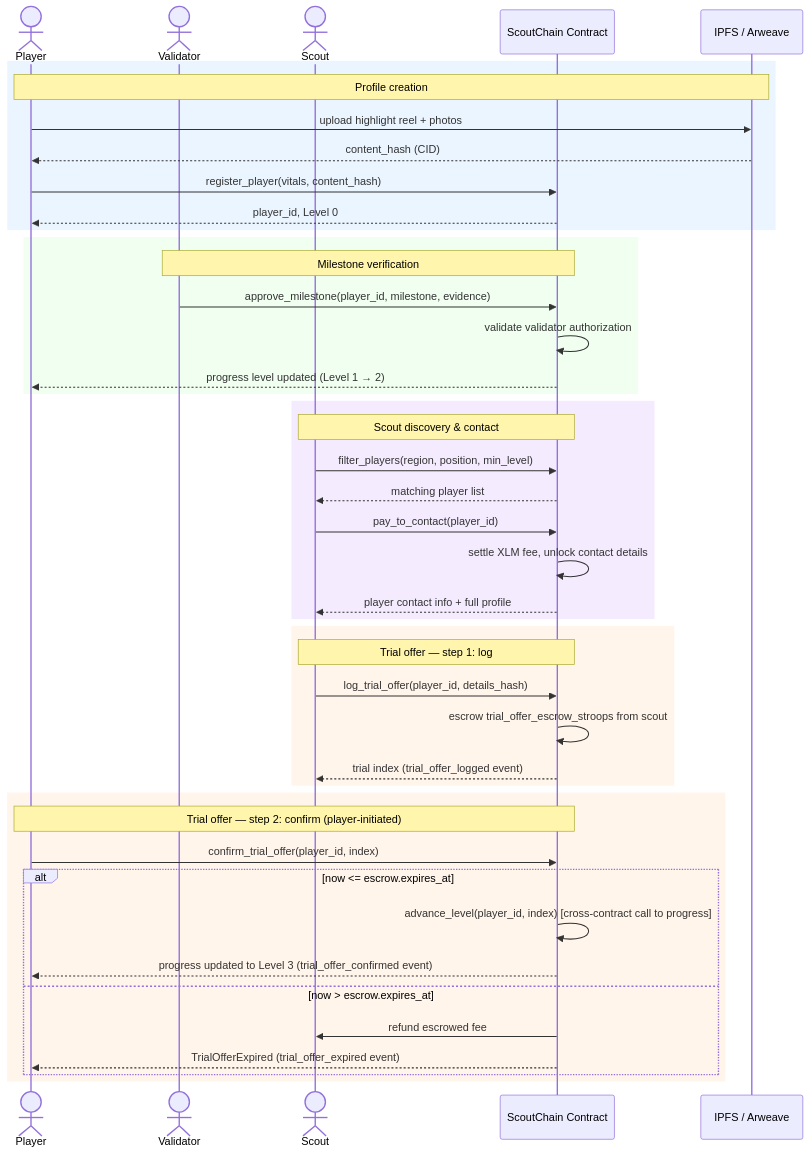
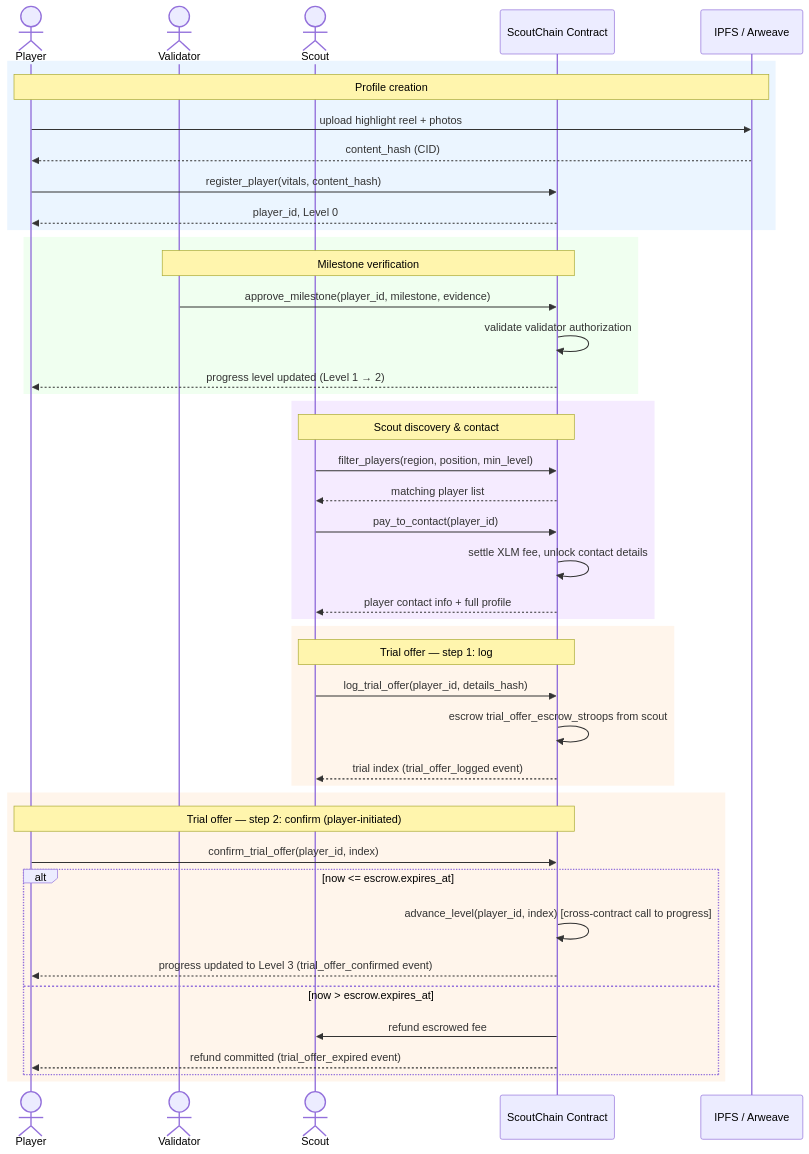
The second of 2 diagrams in README.md (DARAKU17/scout-off-contracts), drawn with Mermaid before and after one commit. The commit also changed other lines of this file and 67 other files, not shown here.

````diff
--- a/README.md
+++ b/README.md
@@ -190,51 +190,51 @@
 ```mermaid
 sequenceDiagram
     actor Player
     actor Validator
     actor Scout
     participant Contract as ScoutChain Contract
     participant Storage as IPFS / Arweave
 
     rect rgb(235, 245, 255)
         Note over Player,Storage: Profile creation
         Player->>Storage: upload highlight reel + photos
         Storage-->>Player: content_hash (CID)
         Player->>Contract: register_player(vitals, content_hash)
         Contract-->>Player: player_id, Level 0
     end
 
     rect rgb(240, 255, 240)
         Note over Validator,Contract: Milestone verification
         Validator->>Contract: approve_milestone(player_id, milestone, evidence)
         Contract->>Contract: validate validator authorization
         Contract-->>Player: progress level updated (Level 1 → 2)
     end
 
     rect rgb(245, 235, 255)
         Note over Scout,Contract: Scout discovery & contact
         Scout->>Contract: filter_players(region, position, min_level)
         Contract-->>Scout: matching player list
         Scout->>Contract: pay_to_contact(player_id)
         Contract->>Contract: settle XLM fee, unlock contact details
         Contract-->>Scout: player contact info + full profile
     end
 
     rect rgb(255, 245, 235)
         Note over Scout,Contract: Trial offer — step 1: log
         Scout->>Contract: log_trial_offer(player_id, details_hash)
         Contract->>Contract: escrow trial_offer_escrow_stroops from scout
         Contract-->>Scout: trial index (trial_offer_logged event)
     end
 
     rect rgb(255, 245, 235)
         Note over Player,Contract: Trial offer — step 2: confirm (player-initiated)
         Player->>Contract: confirm_trial_offer(player_id, index)
         alt now <= escrow.expires_at
             Contract->>Contract: advance_level(player_id, index) [cross-contract call to progress]
             Contract-->>Player: progress updated to Level 3 (trial_offer_confirmed event)
         else now > escrow.expires_at
             Contract->>Scout: refund escrowed fee
-            Contract-->>Player: TrialOfferExpired (trial_offer_expired event)
+            Contract-->>Player: refund committed (trial_offer_expired event)
         end
     end
 ```
````
